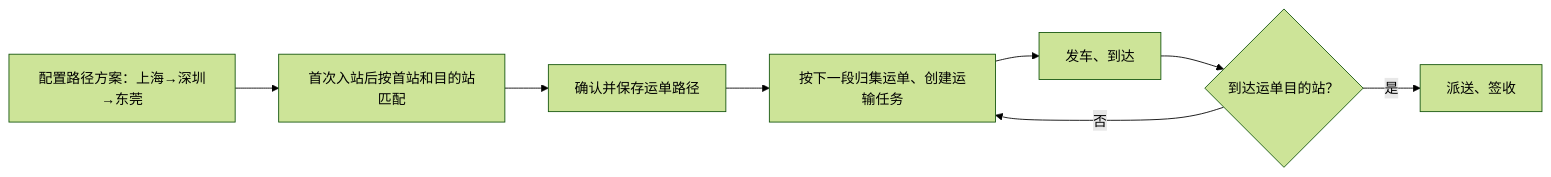
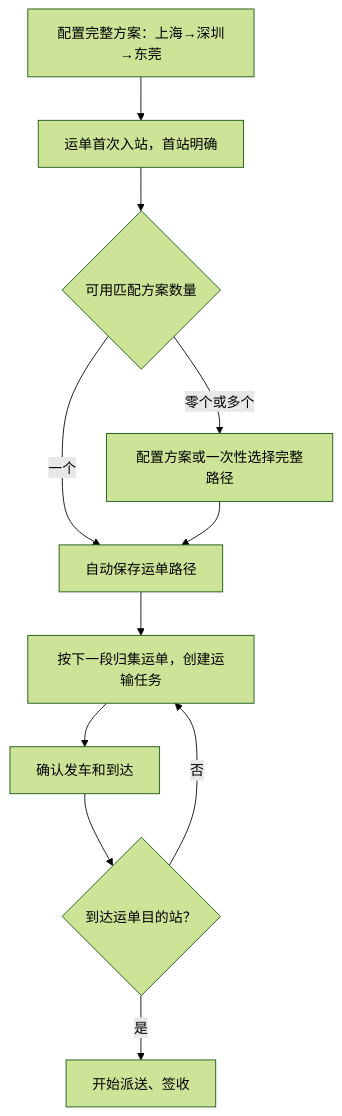
Before and after one commit to NikFranki/jingpo-logistics-system: the diagram in docs/prd/v6/JINGPO-logistics-system-v6.md, drawn with Mermaid (forest theme). The commit also changed other lines of this file and 34 other files, not shown here.

````diff
--- a/docs/prd/v6/JINGPO-logistics-system-v6.md
+++ b/docs/prd/v6/JINGPO-logistics-system-v6.md
@@ -9,10 +9,13 @@
 ```mermaid
-flowchart LR
-    C[配置路径方案：上海→深圳→东莞] --> M[首次入站后按首站和目的站匹配]
-    M --> P[确认并保存运单路径]
-    P --> T[按下一段归集运单、创建运输任务]
-    T --> A[发车、到达]
-    A --> N{到达运单目的站？}
+flowchart TD
+    C[配置完整方案：上海→深圳→东莞] --> A[运单首次入站，首站明确]
+    A --> M{可用匹配方案数量}
+    M -->|一个| P[自动保存运单路径]
+    M -->|零个或多个| S[配置方案或一次性选择完整路径]
+    S --> P
+    P --> T[按下一段归集运单，创建运输任务]
+    T --> D[确认发车和到达]
+    D --> N{到达运单目的站？}
     N -->|否| T
-    N -->|是| D[派送、签收]
+    N -->|是| E[开始派送、签收]
 ```
````
